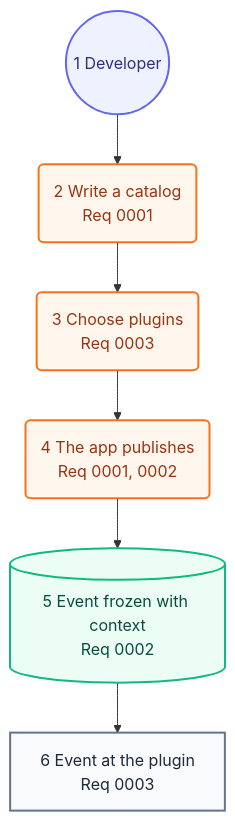
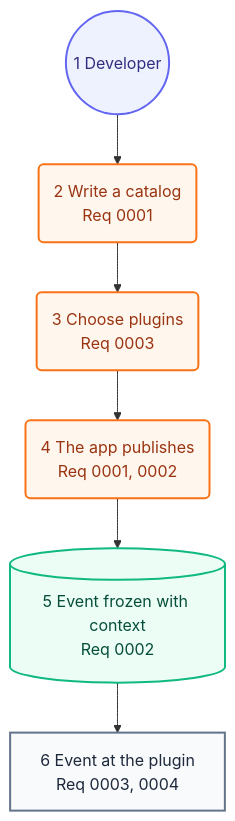
One commit to may-journal/Stratum-Observability-Java changed the second of 2 diagrams in docs/architecture/05-user-journey.md. Above: the diagram before and after it, drawn with Mermaid. The commit also changed other lines of this file and 8 other files, not shown here.

````diff
--- a/docs/architecture/05-user-journey.md
+++ b/docs/architecture/05-user-journey.md
@@ -31,20 +31,20 @@
 ```mermaid
 flowchart TB
     dev((1 Developer)):::persona
     catalog(2 Write a catalog<br/>Req 0001):::action
     plugins(3 Choose plugins<br/>Req 0003):::action
     publish(4 The app publishes<br/>Req 0001, 0002):::action
     snapshot[(5 Event frozen with context<br/>Req 0002)]:::system
-    plugin[6 Event at the plugin<br/>Req 0003]:::screen
+    plugin[6 Event at the plugin<br/>Req 0003, 0004]:::screen
 
     dev --> catalog
     catalog --> plugins
     plugins --> publish
     publish --> snapshot
     snapshot --> plugin
 
     classDef persona fill:#eef2ff,stroke:#6366f1,color:#312e81,stroke-width:2px
     classDef screen fill:#f8fafc,stroke:#64748b,color:#1e293b,stroke-width:2px
     classDef action fill:#fff7ed,stroke:#f97316,color:#9a3412,stroke-width:2px
     classDef system fill:#ecfdf5,stroke:#10b981,color:#064e3b,stroke-width:2px
 ```
````
